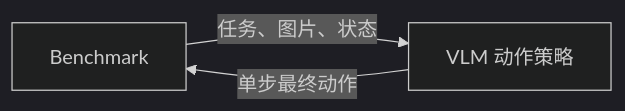
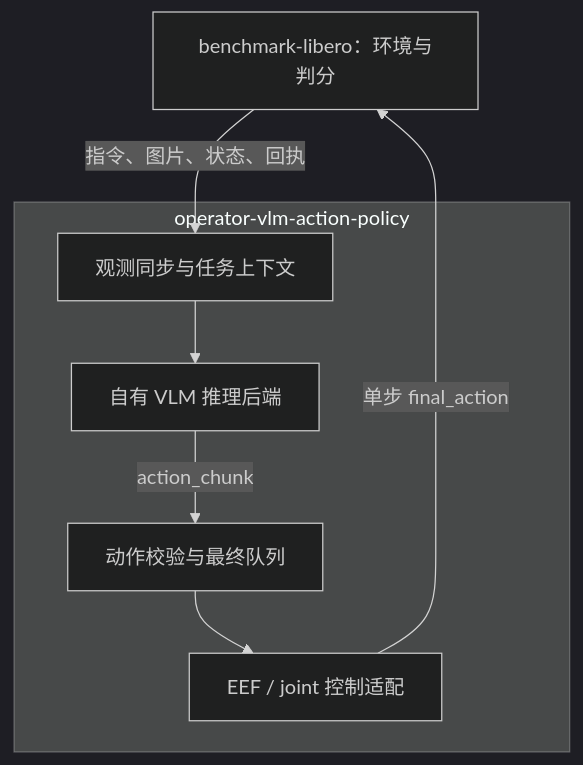
Before and after one commit to PhyAgentOS/operator-vlm-action-policy: the first of 4 diagrams in docs/DESIGN_zh.md, drawn with Mermaid (dark theme). The commit also changed other lines of this file and 3 other files, not shown here.

Commit message:
Clarify policy architecture and observation-to-action dataflow

````diff
--- a/docs/DESIGN_zh.md
+++ b/docs/DESIGN_zh.md
@@ -13,5 +15,11 @@
 ```mermaid
-flowchart LR
-    benchmark["Benchmark"] -->|"任务、图片、状态"| vlm["VLM 动作策略"]
-    vlm -->|"单步最终动作"| benchmark
+flowchart TB
+    benchmark["benchmark-libero：环境与判分"]
+    subgraph policyNode["operator-vlm-action-policy"]
+        observation["观测同步与任务上下文"] --> model["自有 VLM 推理后端"]
+        model -->|"action_chunk"| queue["动作校验与最终队列"]
+        queue --> adapter["EEF / joint 控制适配"]
+    end
+    benchmark -->|"指令、图片、状态、回执"| observation
+    adapter -->|"单步 final_action"| benchmark
 ```
````
